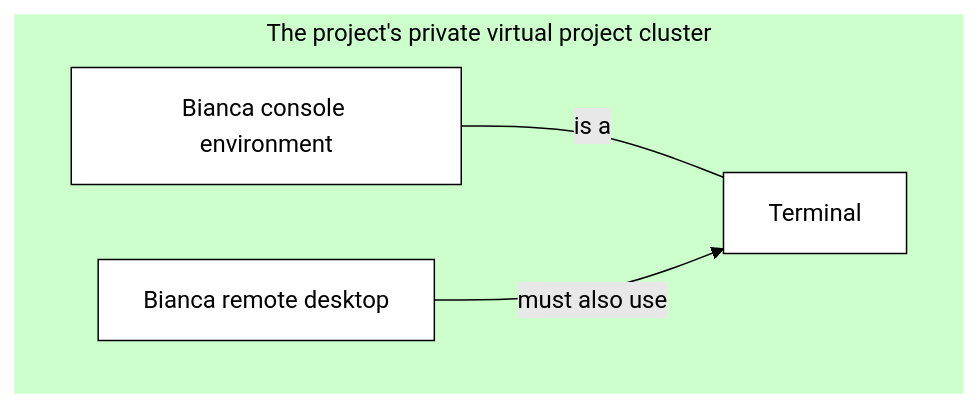
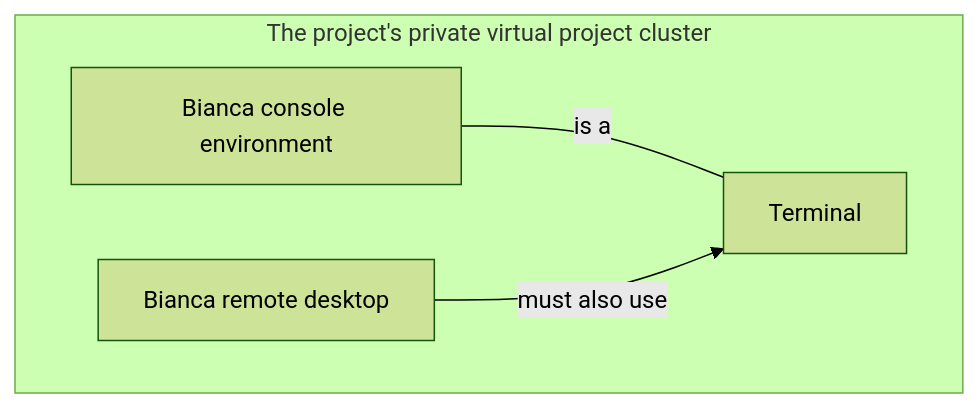
Before and after one commit to UPPMAX/UPPMAX-documentation: the first of 4 diagrams in docs/getting_started/login_bianca.md, drawn with Mermaid (forest theme). The commit also changed other lines of this file, not shown here.

````diff
--- a/docs/getting_started/login_bianca.md
+++ b/docs/getting_started/login_bianca.md
@@ -148,22 +148,13 @@
 ```mermaid
 flowchart TD
-
-    %% Give a white background, instead of a transparent one
-    classDef node fill:#fff,color:#000,stroke:#000
 
     subgraph sub_bianca_private_env[The project's private virtual project cluster]
       bianca_private_console[Bianca console environment]
       bianca_private_remote_desktop[Bianca remote desktop]
       bianca_private_terminal[Terminal]
     end
 
-    %% Shared subgraph color scheme
-    %% style sub_outside fill:#ccc,color:#000,stroke:#ccc
-    %% style sub_inside fill:#fcc,color:#000,stroke:#fcc
-    %% style sub_bianca_shared_env fill:#ffc,color:#000,stroke:#ffc
-    style sub_bianca_private_env fill:#cfc,color:#000,stroke:#cfc
-
     %% Private Bianca
     bianca_private_console---|is a|bianca_private_terminal
     bianca_private_remote_desktop-->|must also use|bianca_private_terminal
 ```
````
